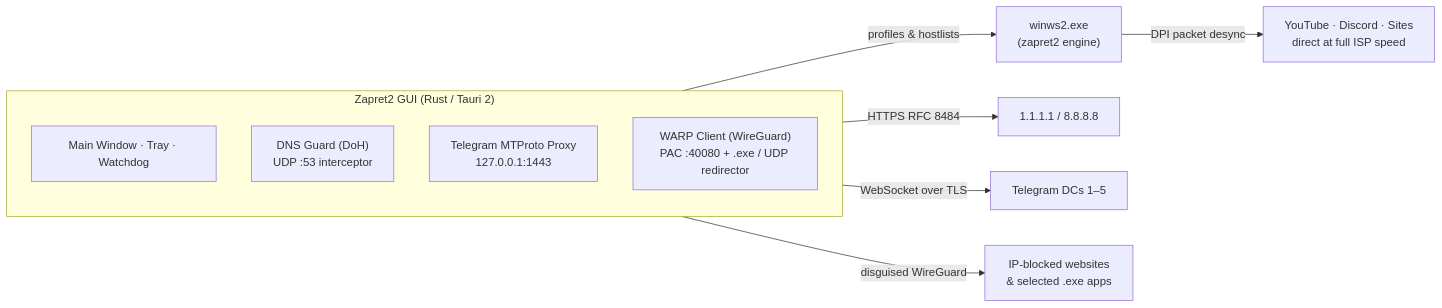
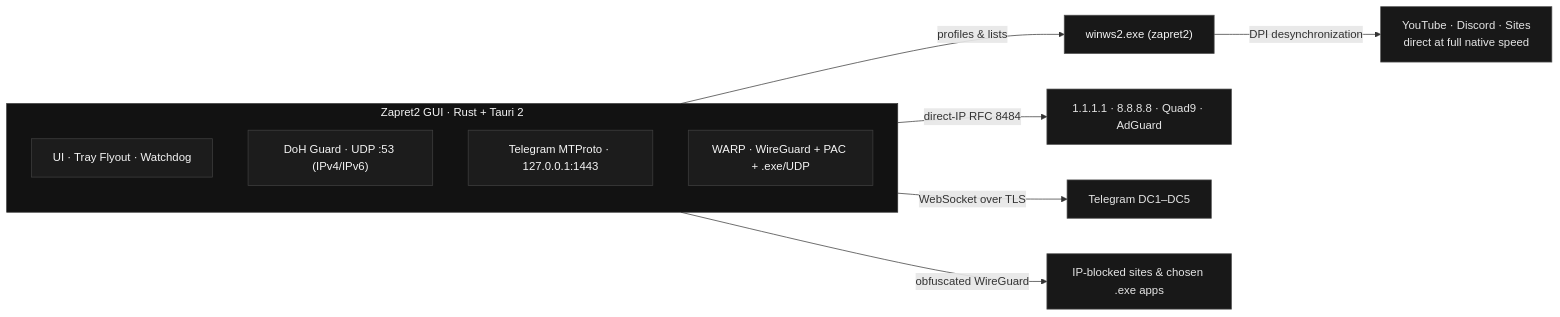
The diagram in README.en.md (raiyaxkrash/zapret2-rust), drawn with Mermaid before and after one commit. The commit also changed other lines of this file and 15 other files, not shown here.

````diff
--- a/README.en.md
+++ b/README.en.md
@@ -152,16 +183,27 @@
 ```mermaid
 flowchart LR
-    subgraph App["Zapret2 GUI (Rust / Tauri 2)"]
+    subgraph App["Zapret2 GUI · Rust + Tauri 2"]
         direction TB
-        UI["Main Window · Tray · Watchdog"]
-        DOH["DNS Guard (DoH)<br/>UDP :53 interceptor"]
-        TG["Telegram MTProto Proxy<br/>127.0.0.1:1443"]
-        WARP["WARP Client (WireGuard)<br/>PAC :40080 + .exe / UDP redirector"]
+        UI["UI · Tray Flyout · Watchdog"]
+        DOH["DoH Guard · UDP :53 (IPv4/IPv6)"]
+        TG["Telegram MTProto · 127.0.0.1:1443"]
+        WARP["WARP · WireGuard + PAC + .exe/UDP"]
     end
 
-    UI -->|profiles & hostlists| WINWS["winws2.exe<br/>(zapret2 engine)"]
-    DOH -->|HTTPS RFC 8484| CF_DNS["1.1.1.1 / 8.8.8.8"]
-    WINWS -->|DPI packet desync| DIRECT["YouTube · Discord · Sites<br/>direct at full ISP speed"]
-    TG -->|WebSocket over TLS| TG_DC["Telegram DCs 1–5"]
-    WARP -->|disguised WireGuard| BLOCKED["IP-blocked websites<br/>& selected .exe apps"]
+    UI -->|profiles & lists| WINWS["winws2.exe (zapret2)"]
+    DOH -->|direct-IP RFC 8484| CF_DNS["1.1.1.1 · 8.8.8.8 · Quad9 · AdGuard"]
+    WINWS -->|DPI desynchronization| DIRECT["YouTube · Discord · Sites<br/>direct at full native speed"]
+    TG -->|WebSocket over TLS| TG_DC["Telegram DC1–DC5"]
+    WARP -->|obfuscated WireGuard| BLOCKED["IP-blocked sites & chosen .exe apps"]
+
+    style App fill:#121212,stroke:#333333,color:#f5f5f5
+    style UI fill:#1c1c1c,stroke:#404040,color:#f5f5f5
+    style DOH fill:#1c1c1c,stroke:#404040,color:#f5f5f5
+    style TG fill:#1c1c1c,stroke:#404040,color:#f5f5f5
+    style WARP fill:#1c1c1c,stroke:#404040,color:#f5f5f5
+    style WINWS fill:#181818,stroke:#525252,color:#f5f5f5
+    style CF_DNS fill:#181818,stroke:#525252,color:#e5e5e5
+    style DIRECT fill:#181818,stroke:#525252,color:#e5e5e5
+    style TG_DC fill:#181818,stroke:#525252,color:#e5e5e5
+    style BLOCKED fill:#181818,stroke:#525252,color:#e5e5e5
 ```
````
